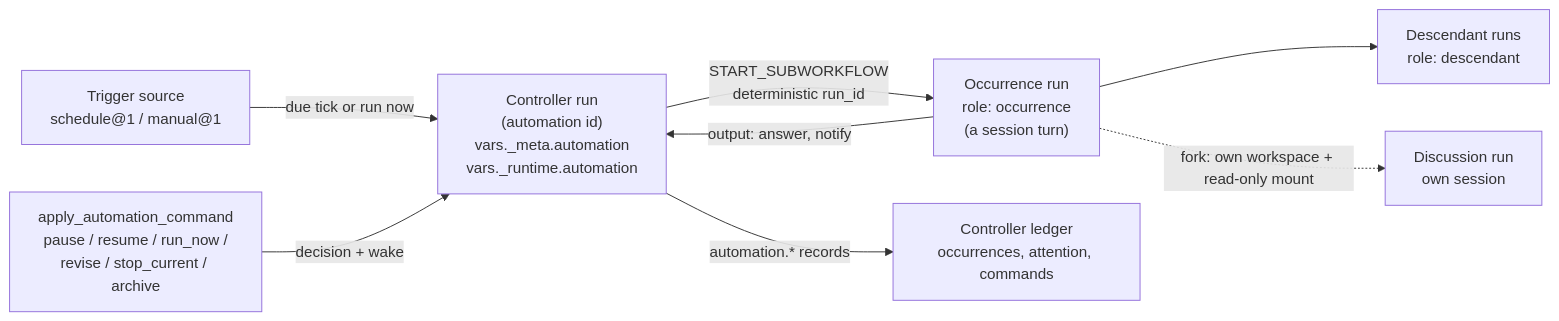
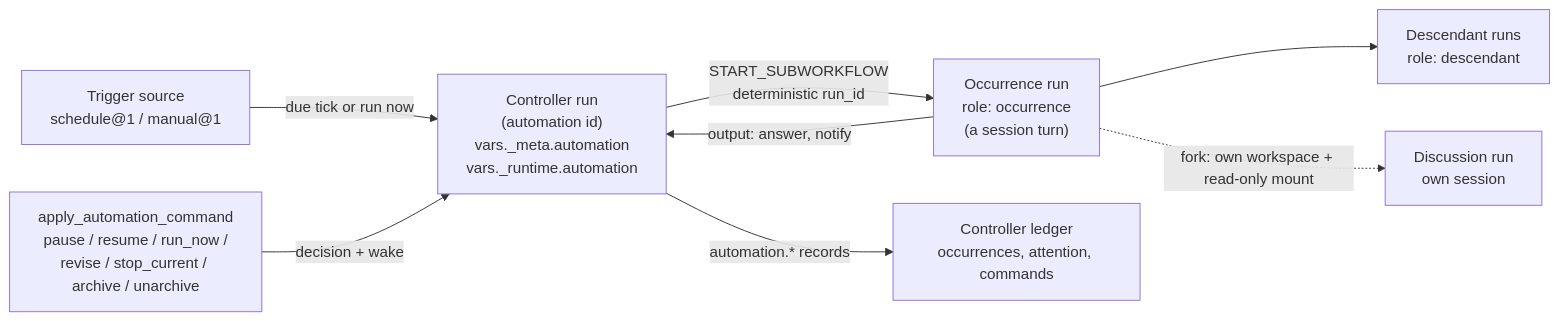
The first of 2 diagrams in docs/automations.md (lpalbou/AbstractRuntime), drawn with Mermaid before and after one commit. The commit also changed other lines of this file and 4 other files, not shown here.

Commit message:
automation.unarchive: an archived automation comes back paused with its history; an ended controller restarts at read_definition

````diff
--- a/docs/automations.md
+++ b/docs/automations.md
@@ -34,10 +34,10 @@
 ```mermaid
 flowchart LR
   Trigger["Trigger source<br/>schedule@1 / manual@1"] -->|"due tick or run now"| Controller["Controller run<br/>(automation id)<br/>vars._meta.automation<br/>vars._runtime.automation"]
-  Commands["apply_automation_command<br/>pause / resume / run_now /<br/>revise / stop_current / archive"] -->|"decision + wake"| Controller
+  Commands["apply_automation_command<br/>pause / resume / run_now /<br/>revise / stop_current / archive / unarchive"] -->|"decision + wake"| Controller
   Controller -->|"START_SUBWORKFLOW<br/>deterministic run_id"| Occurrence["Occurrence run<br/>role: occurrence<br/>(a session turn)"]
   Occurrence --> Descendants["Descendant runs<br/>role: descendant"]
   Occurrence -->|"output: answer, notify"| Controller
   Controller -->|"automation.* records"| Ledger["Controller ledger<br/>occurrences, attention, commands"]
   Occurrence -.->|"fork: own workspace + read-only mount"| Discussion["Discussion run<br/>own session"]
 ```
````
